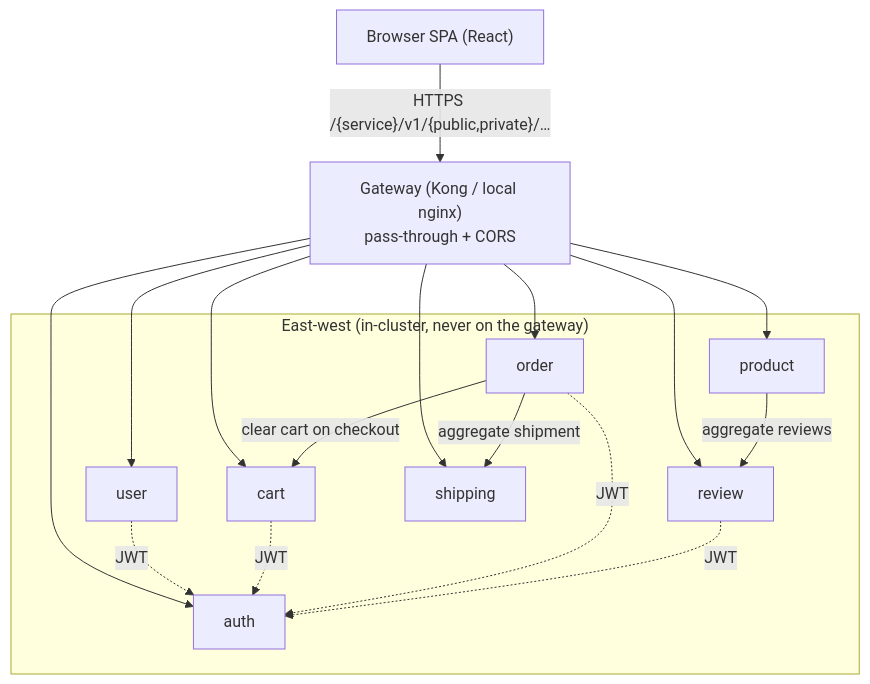
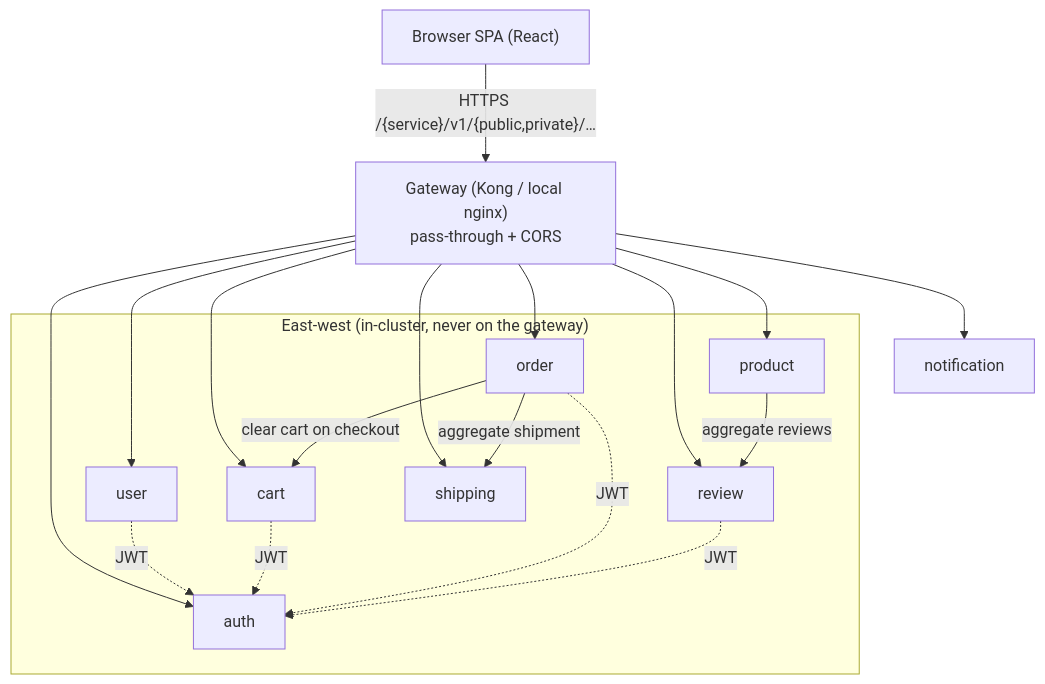
One commit to duynhlab/homelab changed the first of 2 diagrams in docs/api/microservices.md. Above: the diagram before and after it, drawn with Mermaid. The commit also changed other lines of this file and 1 other file, not shown here.

First line of the commit message:
Document notification service and gRPC Phase 2

````diff
--- a/docs/api/microservices.md
+++ b/docs/api/microservices.md
@@ -19,21 +19,22 @@
 ```mermaid
 flowchart TD
     Browser["Browser SPA (React)"] -->|"HTTPS /{service}/v1/{public,private}/…"| GW["Gateway (Kong / local nginx)<br/>pass-through + CORS"]
     GW --> AUTH[auth]
     GW --> USER[user]
     GW --> PROD[product]
     GW --> CART[cart]
     GW --> ORD[order]
     GW --> REV[review]
     GW --> SHIP[shipping]
+    GW --> NOTIF[notification]
 
     subgraph EW["East-west (in-cluster, never on the gateway)"]
       USER -. JWT .-> AUTH
       CART -. JWT .-> AUTH
       ORD  -. JWT .-> AUTH
       REV  -. JWT .-> AUTH
       PROD -->|"aggregate reviews"| REV
       ORD  -->|"aggregate shipment"| SHIP
       ORD  -->|"clear cart on checkout"| CART
     end
 ```
````
